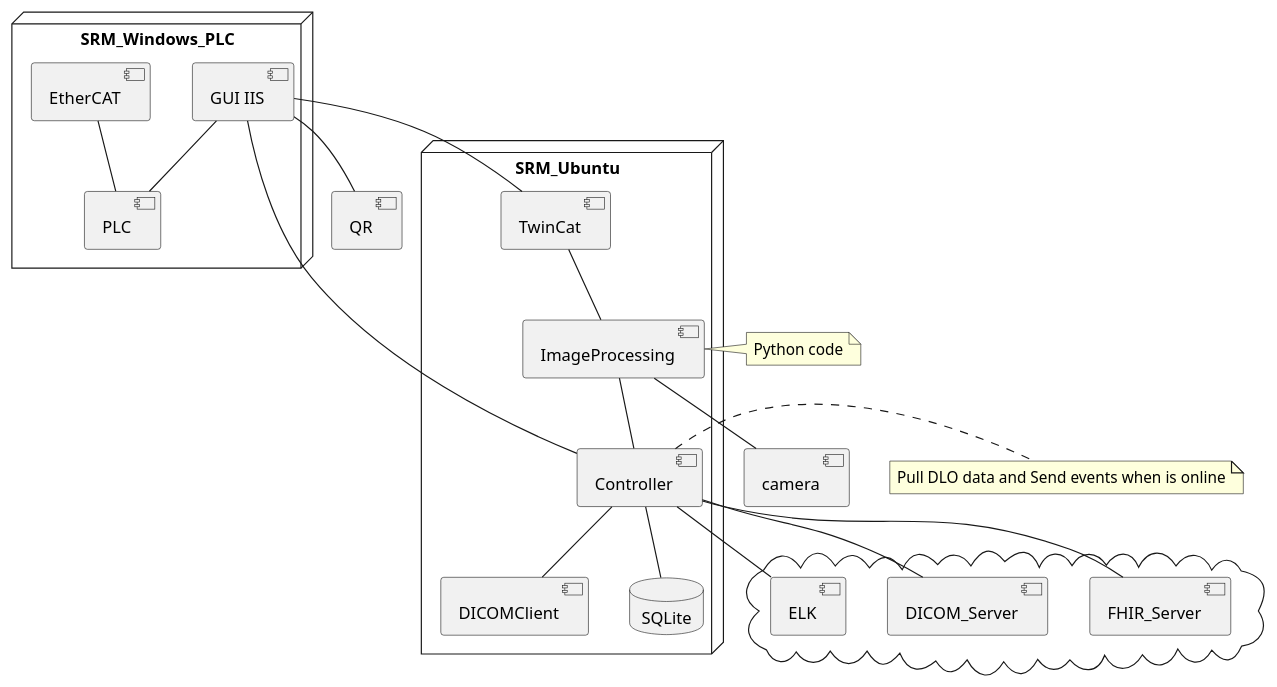
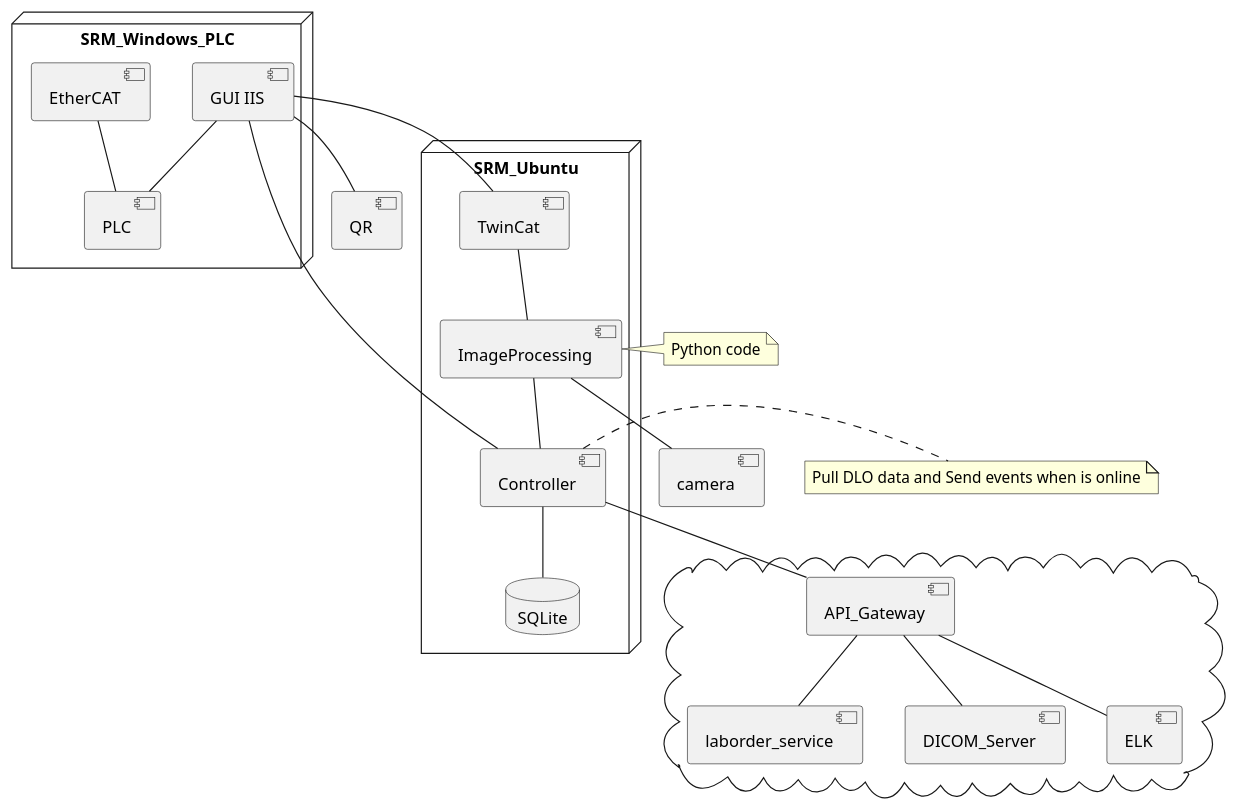
The diagram in srm/src/plantuml/srm_components_proposal.puml (Qojgjg/playing-java-quarkus-mono), drawn with PlantUML before and after one commit. The commit also changed 22 other files, not shown here.

```diff
--- a/srm/src/plantuml/srm_components_proposal.puml
+++ b/srm/src/plantuml/srm_components_proposal.puml
@@ -1,41 +1,41 @@
 @startuml
 
 node SRM_Ubuntu{
 
       [TwinCat]
       [ImageProcessing]
        [Controller]
-     [DICOMClient]
     database SQLite    
 }
 
 node SRM_Windows_PLC {
      [GUI IIS]
           [EtherCAT]
      [PLC]
 }
 
 note right of Controller : Pull DLO data and Send events when is online
 
 note right of ImageProcessing : Python code
 
 cloud {
-    [FHIR_Server]
+     [API_Gateway]
+    [laborder_service]
     [DICOM_Server]
     [ELK]
 }
 
 [EtherCAT]--[PLC]
 [GUI IIS]--[PLC]
 [GUI IIS]--[TwinCat]
 [GUI IIS]--[QR]
 [GUI IIS]--[Controller]
 [TwinCat]--[ImageProcessing]
 [ImageProcessing] -- [Controller]
 [ImageProcessing] -- [camera]
 [Controller]--[SQLite]
-[Controller]--[DICOMClient]
-[Controller]--[FHIR_Server]
-[Controller]--[DICOM_Server]
-[Controller]--[ELK]
+[Controller]--[API_Gateway]
+[API_Gateway]--[DICOM_Server]
+[API_Gateway]--[laborder_service]
+[API_Gateway]--[ELK]
 @enduml
```
